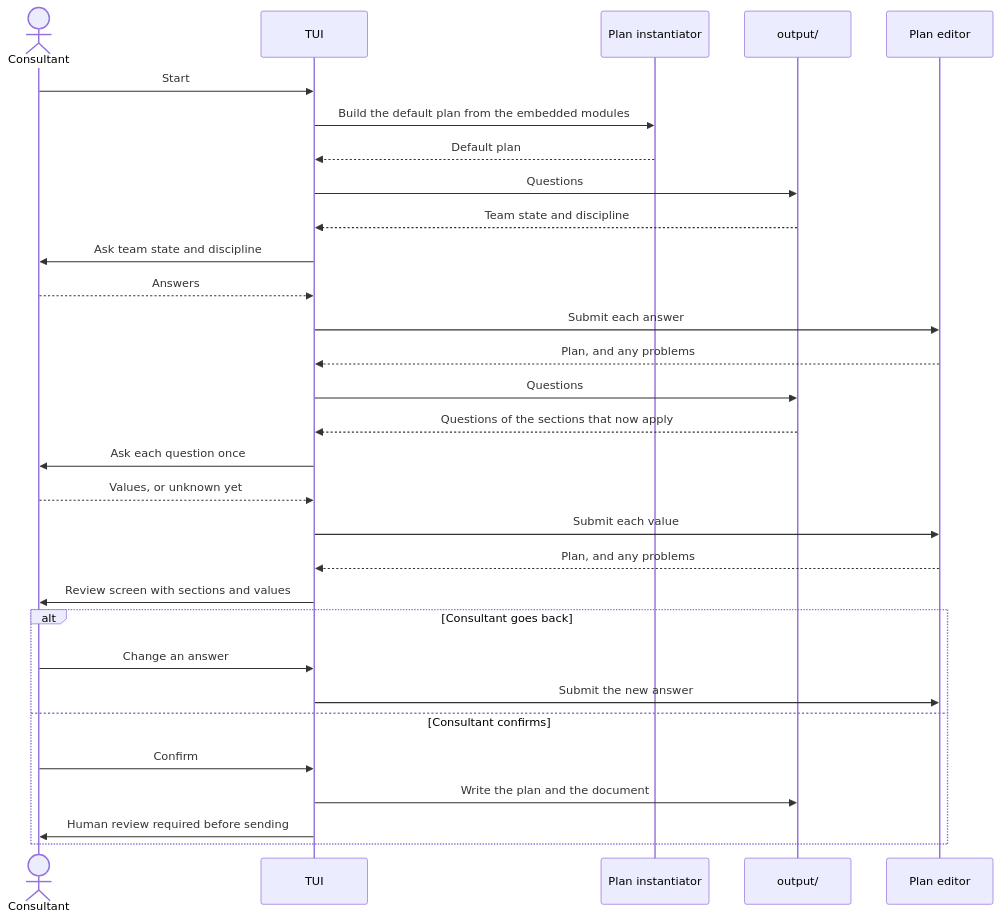
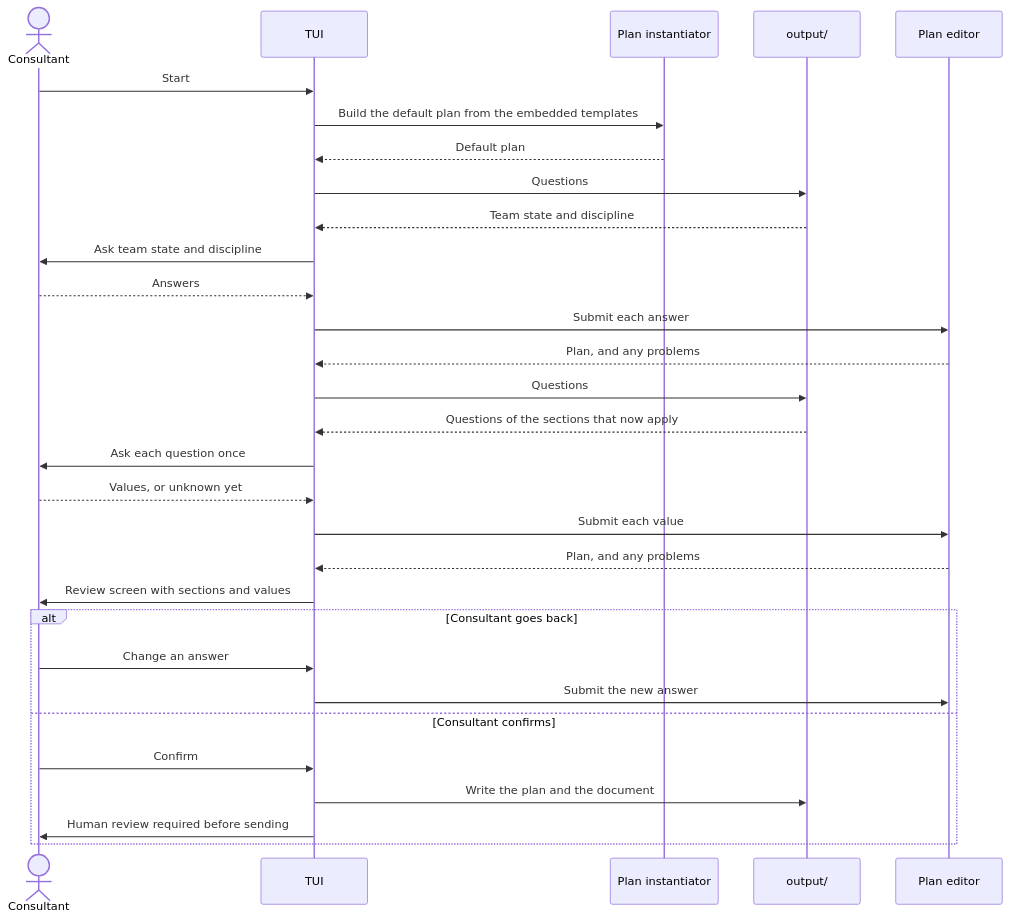
One commit to 8thlight-daveloper/onboard-kit changed the first of 2 diagrams in docs/architecture/walkthrough-sequence.md. Above: the diagram before and after it, drawn with Mermaid. The commit also changed other lines of this file and 22 other files, not shown here.

````diff
--- a/docs/architecture/walkthrough-sequence.md
+++ b/docs/architecture/walkthrough-sequence.md
@@ -9,34 +9,34 @@
 ```mermaid
 sequenceDiagram
     actor C as Consultant
     participant T as TUI
     participant I as Plan instantiator
     participant F as Question finder
     participant E as Plan editor
     participant F as output/
 
     C->>T: Start
-    T->>I: Build the default plan from the embedded modules
+    T->>I: Build the default plan from the embedded templates
     I-->>T: Default plan
     T->>F: Questions
     F-->>T: Team state and discipline
     T->>C: Ask team state and discipline
     C-->>T: Answers
     T->>E: Submit each answer
     E-->>T: Plan, and any problems
     T->>F: Questions
     F-->>T: Questions of the sections that now apply
     T->>C: Ask each question once
     C-->>T: Values, or unknown yet
     T->>E: Submit each value
     E-->>T: Plan, and any problems
     T->>C: Review screen with sections and values
     alt Consultant goes back
         C->>T: Change an answer
         T->>E: Submit the new answer
     else Consultant confirms
         C->>T: Confirm
         T->>F: Write the plan and the document
         T->>C: Human review required before sending
     end
 ```
````
